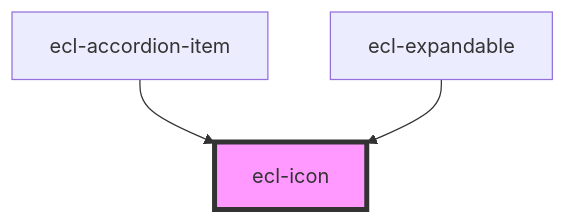
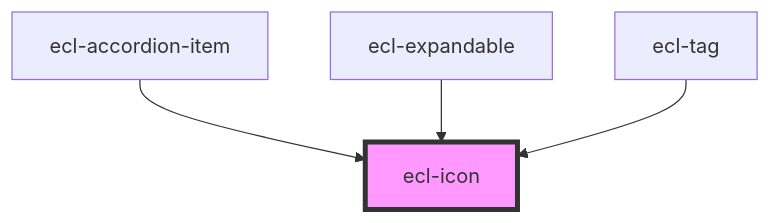
The diagram in src/components/ecl-icon/readme.md (ec-europa/ecl-webcomponents), drawn with Mermaid before and after one commit. The commit also changed other lines of this file and 11 other files, not shown here.

````diff
--- a/src/components/ecl-icon/readme.md
+++ b/src/components/ecl-icon/readme.md
@@ -27,6 +28,7 @@
 ```mermaid
 graph TD;
   ecl-accordion-item --> ecl-icon
   ecl-expandable --> ecl-icon
+  ecl-tag --> ecl-icon
   style ecl-icon fill:#f9f,stroke:#333,stroke-width:4px
 ```
````
